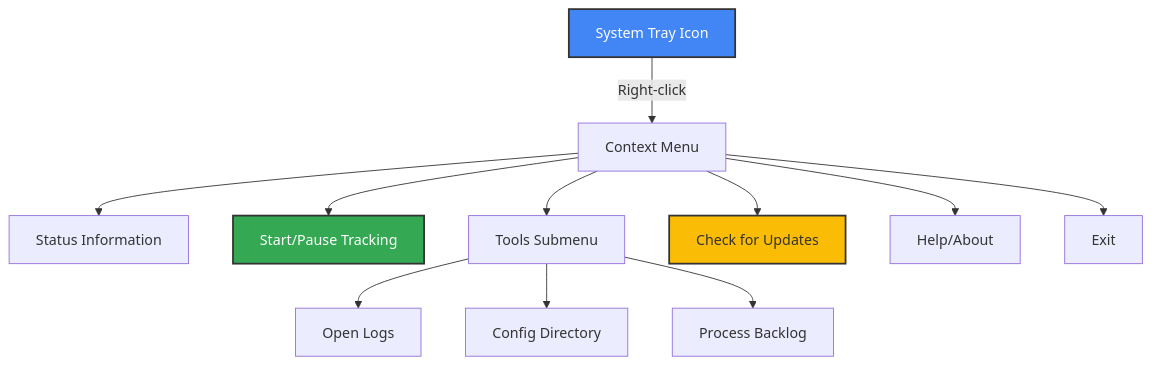
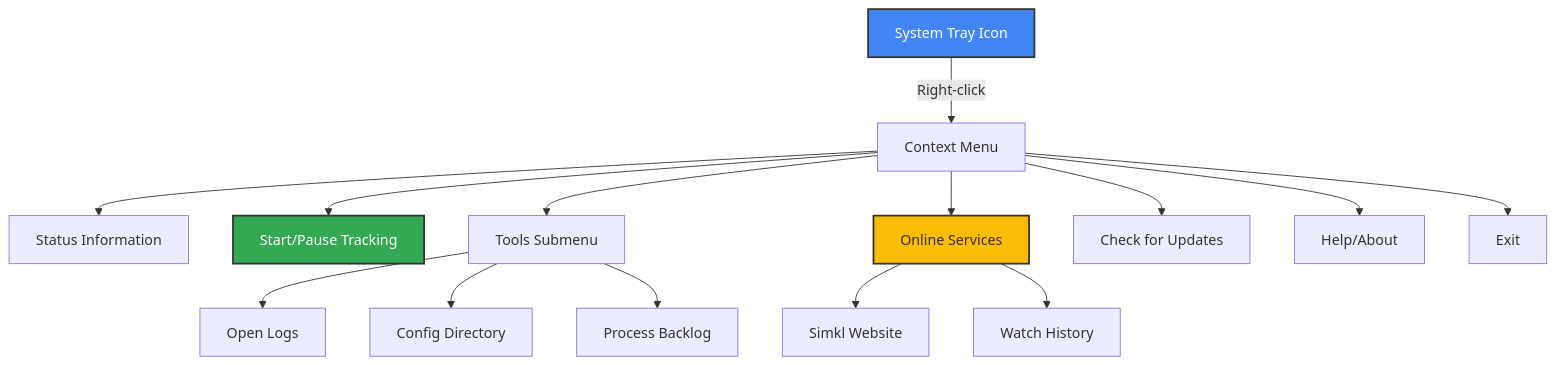
Before and after one commit to ByteTrix/Media-Player-Scrobbler-for-Simkl: the second of 2 diagrams in docs/linux-guide.md, drawn with Mermaid. The commit also changed other lines of this file, not shown here.

````diff
--- a/docs/linux-guide.md
+++ b/docs/linux-guide.md
@@ -229,16 +216,19 @@
 ```mermaid
 flowchart TD
     A[System Tray Icon] -->|Right-click| B[Context Menu]
     B --> C[Status Information]
     B --> D[Start/Pause Tracking]
     B --> E[Tools Submenu]
+    B --> F[Online Services]
     E --> E1[Open Logs]
     E --> E2[Config Directory]
     E --> E3[Process Backlog]
-    B --> F[Check for Updates]
-    B --> G[Help/About]
-    B --> H[Exit]
+    F --> F1[Simkl Website]
+    F --> F2[Watch History]
+    B --> G[Check for Updates]
+    B --> H[Help/About]
+    B --> I[Exit]
     style A fill:#4285f4,stroke:#333,stroke-width:2px,color:#fff
     style D fill:#34a853,stroke:#333,stroke-width:2px,color:#fff
     style F fill:#fbbc05,stroke:#333,stroke-width:2px
 ```
````
